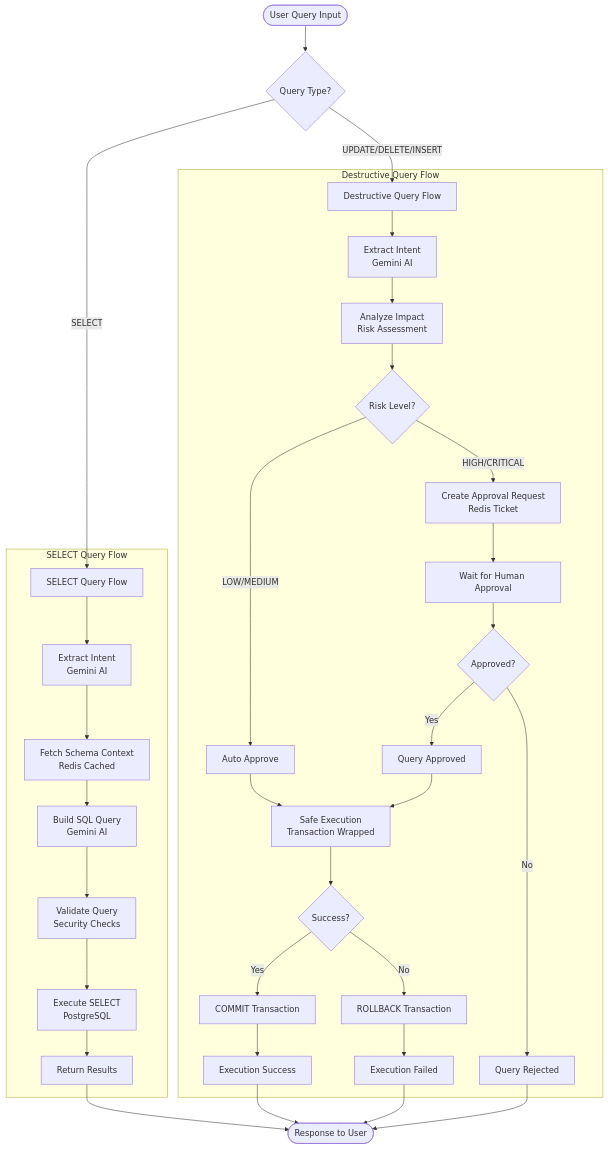
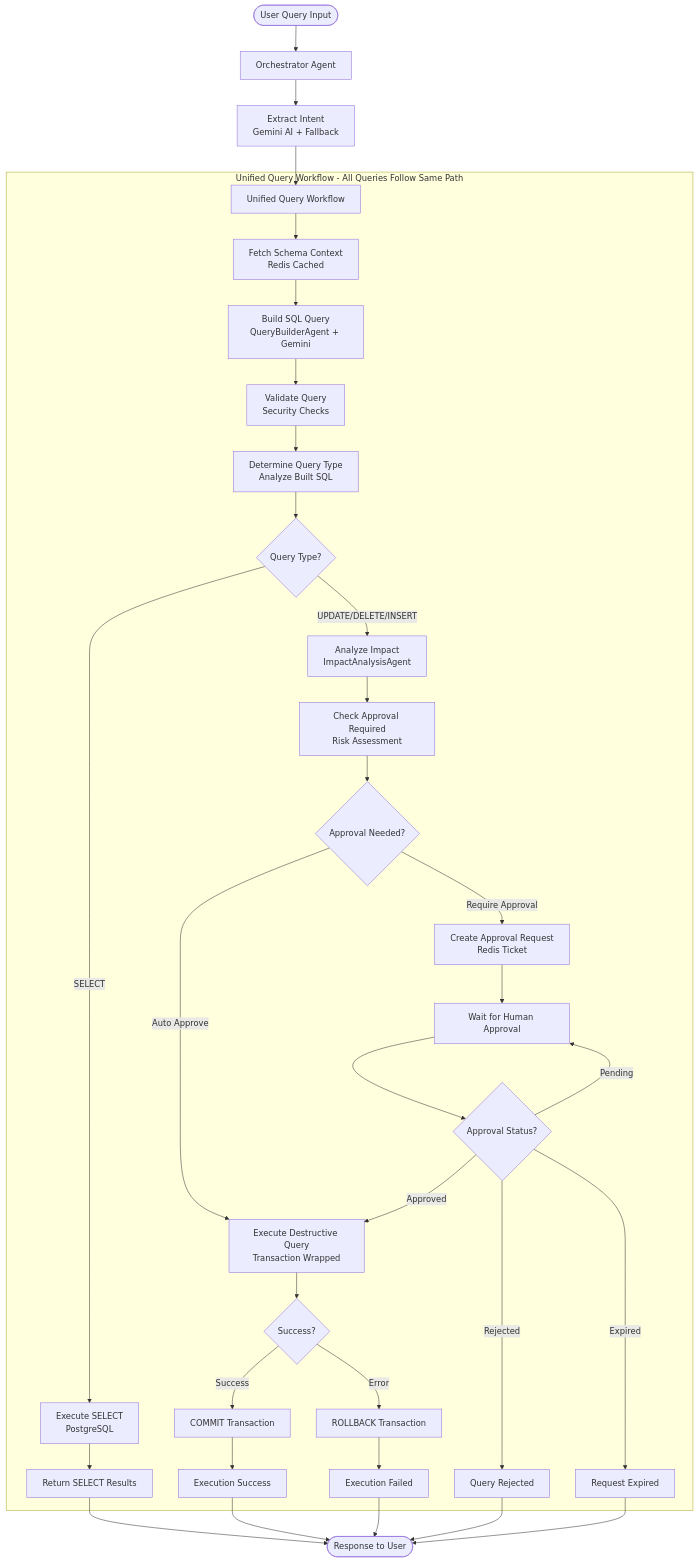
Before and after one commit to cyb3rb34s7/DBAgent: the second of 8 diagrams in docs/flow.md, drawn with Mermaid. The commit also changed other lines of this file, not shown here.

Commit message:
Adding Flow Diagram

````diff
--- a/docs/flow.md
+++ b/docs/flow.md
@@ -70,45 +70,47 @@
 ```mermaid
 flowchart TD
-    START([User Query Input]) --> INTENT{Query Type?}
+    START([User Query Input]) --> ORCHESTRATOR[Orchestrator Agent]
+    ORCHESTRATOR --> EXTRACT_INTENT[Extract Intent<br/>Gemini AI + Fallback]
+    EXTRACT_INTENT --> UNIFIED_FLOW[Unified Query Workflow]
     
-    INTENT -->|SELECT| SELECT_FLOW[SELECT Query Flow]
-    INTENT -->|UPDATE/DELETE/INSERT| DESTRUCTIVE_FLOW[Destructive Query Flow]
-    
-    subgraph "SELECT Query Flow"
-        SELECT_FLOW --> EXTRACT[Extract Intent<br/>Gemini AI]
-        EXTRACT --> SCHEMA[Fetch Schema Context<br/>Redis Cached]
-        SCHEMA --> BUILD[Build SQL Query<br/>Gemini AI]
-        BUILD --> VALIDATE[Validate Query<br/>Security Checks]
-        VALIDATE --> EXECUTE[Execute SELECT<br/>PostgreSQL]
-        EXECUTE --> RESULTS[Return Results]
+    subgraph "Unified Query Workflow - All Queries Follow Same Path"
+        UNIFIED_FLOW --> FETCH_SCHEMA[Fetch Schema Context<br/>Redis Cached]
+        FETCH_SCHEMA --> BUILD_QUERY[Build SQL Query<br/>QueryBuilderAgent + Gemini]
+        BUILD_QUERY --> VALIDATE_QUERY[Validate Query<br/>Security Checks]
+        VALIDATE_QUERY --> DETERMINE_TYPE[Determine Query Type<br/>Analyze Built SQL]
+        
+        DETERMINE_TYPE --> ROUTE_DECISION{Query Type?}
+        
+        ROUTE_DECISION -->|SELECT| EXECUTE_SELECT[Execute SELECT<br/>PostgreSQL]
+        ROUTE_DECISION -->|UPDATE/DELETE/INSERT| ANALYZE_IMPACT[Analyze Impact<br/>ImpactAnalysisAgent]
+        
+        EXECUTE_SELECT --> SELECT_RESULTS[Return SELECT Results]
+        
+        ANALYZE_IMPACT --> CHECK_APPROVAL[Check Approval Required<br/>Risk Assessment]
+        CHECK_APPROVAL --> APPROVAL_DECISION{Approval Needed?}
+        
+        APPROVAL_DECISION -->|Auto Approve| EXECUTE_DESTRUCTIVE[Execute Destructive Query<br/>Transaction Wrapped]
+        APPROVAL_DECISION -->|Require Approval| CREATE_TICKET[Create Approval Request<br/>Redis Ticket]
+        
+        CREATE_TICKET --> WAIT_APPROVAL[Wait for Human Approval]
+        WAIT_APPROVAL --> CHECK_STATUS{Approval Status?}
+        
+        CHECK_STATUS -->|Approved| EXECUTE_DESTRUCTIVE
+        CHECK_STATUS -->|Rejected| REJECTED[Query Rejected]
+        CHECK_STATUS -->|Pending| WAIT_APPROVAL
+        CHECK_STATUS -->|Expired| EXPIRED[Request Expired]
+        
+        EXECUTE_DESTRUCTIVE --> EXEC_RESULT{Success?}
+        EXEC_RESULT -->|Success| COMMIT_SUCCESS[COMMIT Transaction]
+        EXEC_RESULT -->|Error| ROLLBACK_ERROR[ROLLBACK Transaction]
+        
+        COMMIT_SUCCESS --> DESTRUCTIVE_SUCCESS[Execution Success]
+        ROLLBACK_ERROR --> DESTRUCTIVE_ERROR[Execution Failed]
     end
     
-    subgraph "Destructive Query Flow"
-        DESTRUCTIVE_FLOW --> EXTRACT2[Extract Intent<br/>Gemini AI]
-        EXTRACT2 --> IMPACT[Analyze Impact<br/>Risk Assessment]
-        IMPACT --> RISK{Risk Level?}
-        
-        RISK -->|LOW/MEDIUM| AUTO_APPROVE[Auto Approve]
-        RISK -->|HIGH/CRITICAL| APPROVAL[Create Approval Request<br/>Redis Ticket]
-        
-        APPROVAL --> WAIT[Wait for Human Approval]
-        WAIT --> CHECK{Approved?}
-        CHECK -->|No| REJECTED[Query Rejected]
-        CHECK -->|Yes| APPROVED[Query Approved]
-        
-        AUTO_APPROVE --> SAFE_EXEC
-        APPROVED --> SAFE_EXEC[Safe Execution<br/>Transaction Wrapped]
-        
-        SAFE_EXEC --> COMMIT{Success?}
-        COMMIT -->|Yes| COMMIT_TX[COMMIT Transaction]
-        COMMIT -->|No| ROLLBACK[ROLLBACK Transaction]
-        
-        COMMIT_TX --> SUCCESS[Execution Success]
-        ROLLBACK --> ERROR[Execution Failed]
-    end
-    
-    RESULTS --> END([Response to User])
-    SUCCESS --> END
-    ERROR --> END
+    SELECT_RESULTS --> END([Response to User])
+    DESTRUCTIVE_SUCCESS --> END
+    DESTRUCTIVE_ERROR --> END
     REJECTED --> END
+    EXPIRED --> END
 ```
````
